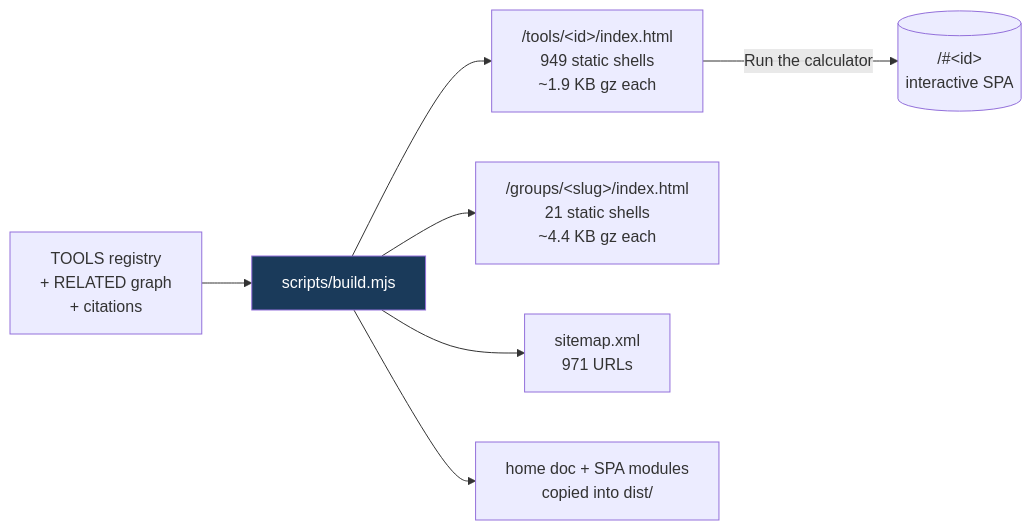
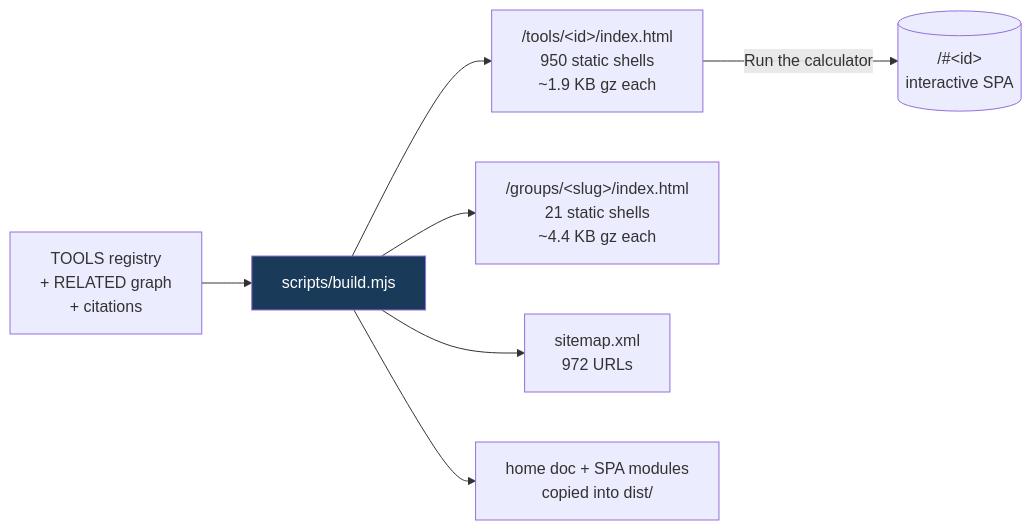
Before and after one commit to clay-good/roughlogic.com: the fifth of 8 diagrams in README.md, drawn with Mermaid. The commit also changed other lines of this file and 14 other files, not shown here.

````diff
--- a/README.md
+++ b/README.md
@@ -495,10 +495,10 @@
 ```mermaid
 flowchart LR
     SRC[TOOLS registry\n+ RELATED graph\n+ citations] --> BUILD[scripts/build.mjs]
-    BUILD --> TILE["/tools/&lt;id&gt;/index.html\n949 static shells\n~1.9 KB gz each"]
+    BUILD --> TILE["/tools/&lt;id&gt;/index.html\n950 static shells\n~1.9 KB gz each"]
     BUILD --> GROUP["/groups/&lt;slug&gt;/index.html\n21 static shells\n~4.4 KB gz each"]
-    BUILD --> MAP["sitemap.xml\n971 URLs"]
+    BUILD --> MAP["sitemap.xml\n972 URLs"]
     BUILD --> COPY[home doc + SPA modules\ncopied into dist/]
     TILE -->|Run the calculator| SPA[("/#&lt;id&gt;\ninteractive SPA")]
     style BUILD fill:#1a3a5a,color:#fff
 ```
````
